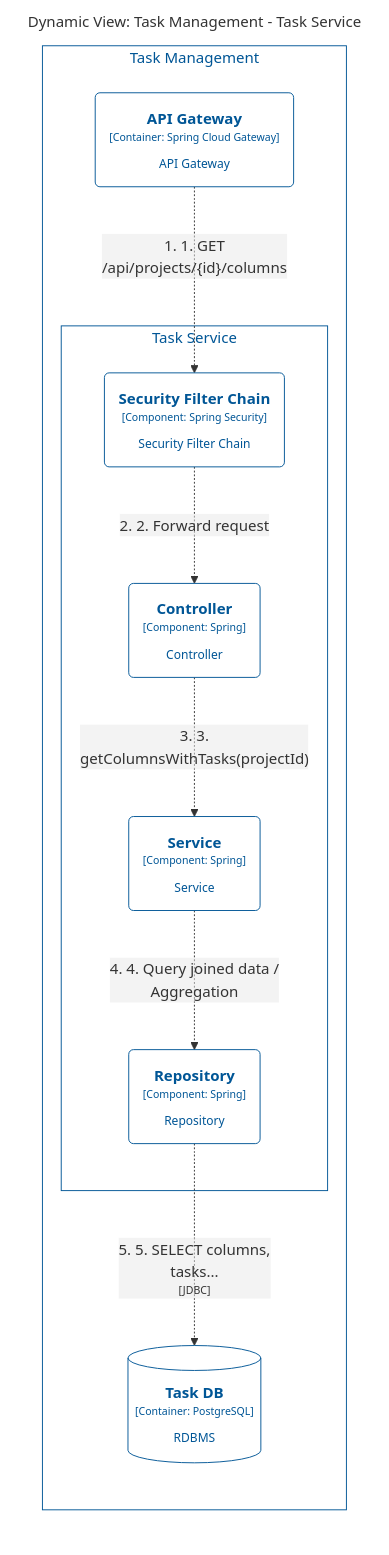
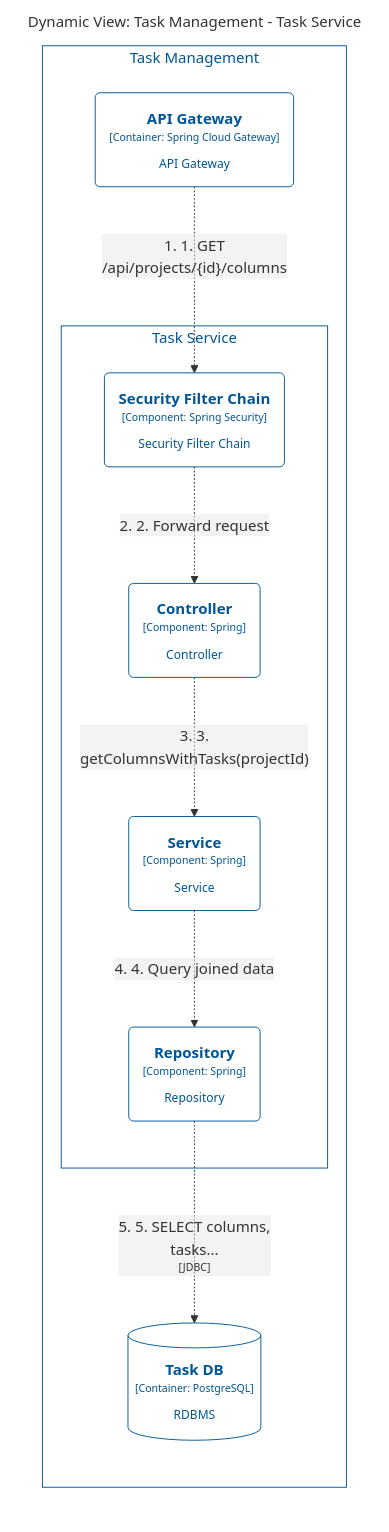
Before and after one commit to nguyentin05/task-management: the diagram in docs/diagrams/sequence/mermaid/structurizr-GetAllColumns.mmd, drawn with Mermaid. The commit also changed 22 other files, not shown here.

First line of the commit message:
docs(docs): update deployment, usecase, erd diagrams (#139)

```diff
--- a/docs/diagrams/sequence/mermaid/structurizr-GetAllColumns.mmd
+++ b/docs/diagrams/sequence/mermaid/structurizr-GetAllColumns.mmd
@@ -1,40 +1,40 @@
 graph LR
   linkStyle default fill:#ffffff
 
   subgraph diagram ["Dynamic View: Task Management - Task Service"]
     style diagram fill:#ffffff,stroke:#ffffff
 
     subgraph 3 ["Task Management"]
       style 3 fill:#ffffff,stroke:#005696,color:#005696
 
       subgraph 16 ["Task Service"]
         style 16 fill:#ffffff,stroke:#005696,color:#005696
 
         17("<div style='font-weight: bold'>Security Filter Chain</div><div style='font-size: 70%; margin-top: 0px'>[Component: Spring Security]</div><div style='font-size: 80%; margin-top:10px'>Security Filter Chain</div>")
         style 17 fill:#ffffff,stroke:#005696,color:#005696
         18("<div style='font-weight: bold'>Controller</div><div style='font-size: 70%; margin-top: 0px'>[Component: Spring]</div><div style='font-size: 80%; margin-top:10px'>Controller</div>")
         style 18 fill:#ffffff,stroke:#005696,color:#005696
         19("<div style='font-weight: bold'>Service</div><div style='font-size: 70%; margin-top: 0px'>[Component: Spring]</div><div style='font-size: 80%; margin-top:10px'>Service</div>")
         style 19 fill:#ffffff,stroke:#005696,color:#005696
         20("<div style='font-weight: bold'>Repository</div><div style='font-size: 70%; margin-top: 0px'>[Component: Spring]</div><div style='font-size: 80%; margin-top:10px'>Repository</div>")
         style 20 fill:#ffffff,stroke:#005696,color:#005696
       end
 
       5("<div style='font-weight: bold'>API Gateway</div><div style='font-size: 70%; margin-top: 0px'>[Container: Spring Cloud Gateway]</div><div style='font-size: 80%; margin-top:10px'>API Gateway</div>")
       style 5 fill:#ffffff,stroke:#005696,color:#005696
       60[("<div style='font-weight: bold'>Task DB</div><div style='font-size: 70%; margin-top: 0px'>[Container: PostgreSQL]</div><div style='font-size: 80%; margin-top:10px'>RDBMS</div>")]
       style 60 fill:#ffffff,stroke:#005696,color:#005696
     end
 
     5("<div style='font-weight: bold'>API Gateway</div><div style='font-size: 70%; margin-top: 0px'>[Container: Spring Cloud Gateway]</div><div style='font-size: 80%; margin-top:10px'>API Gateway</div>")
     style 5 fill:#ffffff,stroke:#005696,color:#005696
     60[("<div style='font-weight: bold'>Task DB</div><div style='font-size: 70%; margin-top: 0px'>[Container: PostgreSQL]</div><div style='font-size: 80%; margin-top:10px'>RDBMS</div>")]
     style 60 fill:#ffffff,stroke:#005696,color:#005696
 
     5-. "<div>1. 1. GET<br />/api/projects/{id}/columns</div><div style='font-size: 70%'></div>" .->17
     17-. "<div>2. 2. Forward request</div><div style='font-size: 70%'></div>" .->18
     18-. "<div>3. 3.<br />getColumnsWithTasks(projectId)</div><div style='font-size: 70%'></div>" .->19
-    19-. "<div>4. 4. Query joined data /<br />Aggregation</div><div style='font-size: 70%'></div>" .->20
+    19-. "<div>4. 4. Query joined data</div><div style='font-size: 70%'></div>" .->20
     20-. "<div>5. 5. SELECT columns,<br />tasks...</div><div style='font-size: 70%'>[JDBC]</div>" .->60
 
   end
```
